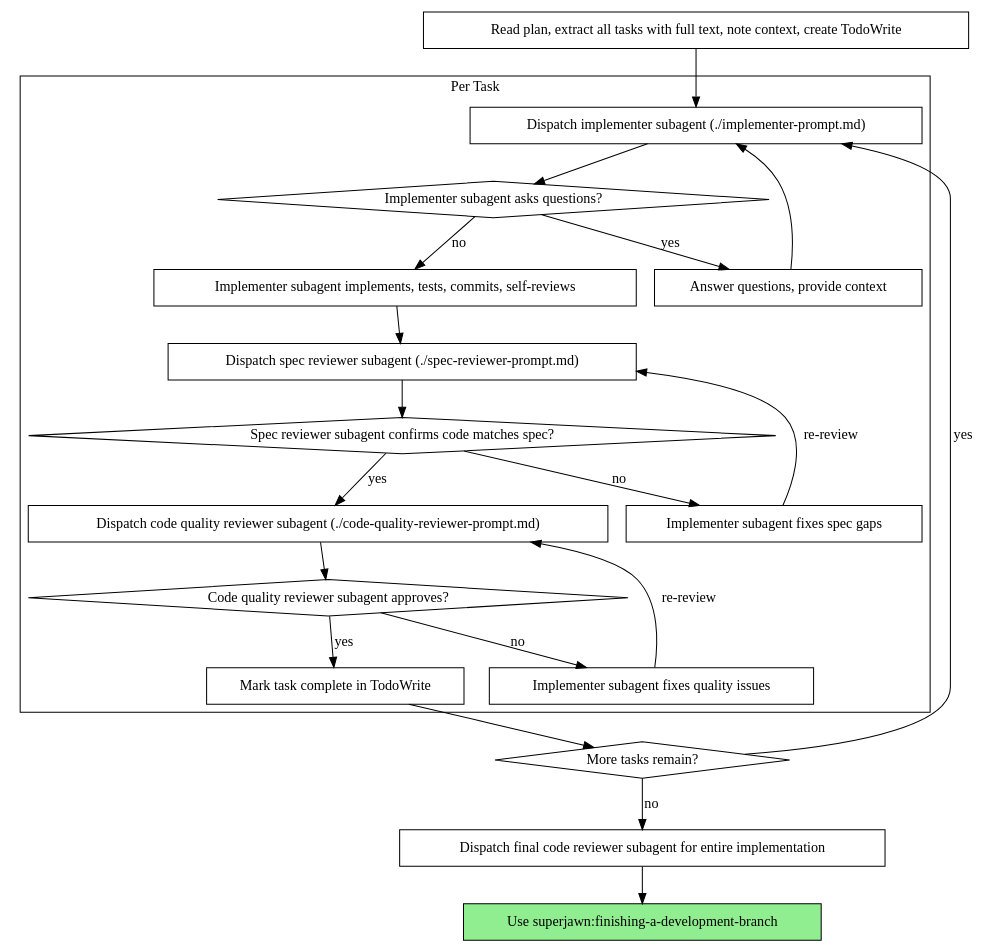
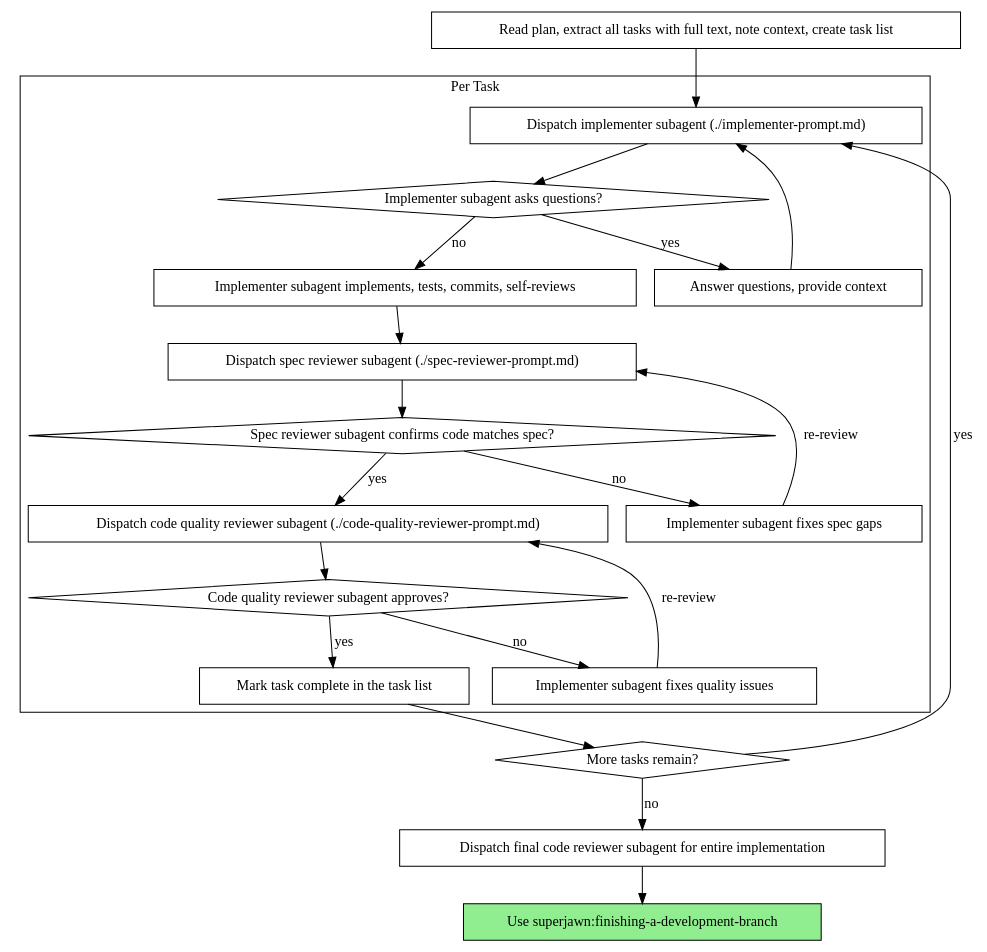
Before and after one commit to jamditis/claude-skills-journalism: the second of 2 diagrams in superjawn/skills/subagent-driven-development/SKILL.md, drawn with Graphviz. The commit also changed other lines of this file and 354 other files, not shown here.

````diff
--- a/superjawn/skills/subagent-driven-development/SKILL.md
+++ b/superjawn/skills/subagent-driven-development/SKILL.md
@@ -53,44 +53,44 @@
 ```dot
 digraph process {
     rankdir=TB;
 
     subgraph cluster_per_task {
         label="Per Task";
         "Dispatch implementer subagent (./implementer-prompt.md)" [shape=box];
         "Implementer subagent asks questions?" [shape=diamond];
         "Answer questions, provide context" [shape=box];
         "Implementer subagent implements, tests, commits, self-reviews" [shape=box];
         "Dispatch spec reviewer subagent (./spec-reviewer-prompt.md)" [shape=box];
         "Spec reviewer subagent confirms code matches spec?" [shape=diamond];
         "Implementer subagent fixes spec gaps" [shape=box];
         "Dispatch code quality reviewer subagent (./code-quality-reviewer-prompt.md)" [shape=box];
         "Code quality reviewer subagent approves?" [shape=diamond];
         "Implementer subagent fixes quality issues" [shape=box];
-        "Mark task complete in TodoWrite" [shape=box];
+        "Mark task complete in the task list" [shape=box];
     }
 
-    "Read plan, extract all tasks with full text, note context, create TodoWrite" [shape=box];
+    "Read plan, extract all tasks with full text, note context, create task list" [shape=box];
     "More tasks remain?" [shape=diamond];
     "Dispatch final code reviewer subagent for entire implementation" [shape=box];
     "Use superjawn:finishing-a-development-branch" [shape=box style=filled fillcolor=lightgreen];
 
-    "Read plan, extract all tasks with full text, note context, create TodoWrite" -> "Dispatch implementer subagent (./implementer-prompt.md)";
+    "Read plan, extract all tasks with full text, note context, create task list" -> "Dispatch implementer subagent (./implementer-prompt.md)";
     "Dispatch implementer subagent (./implementer-prompt.md)" -> "Implementer subagent asks questions?";
     "Implementer subagent asks questions?" -> "Answer questions, provide context" [label="yes"];
     "Answer questions, provide context" -> "Dispatch implementer subagent (./implementer-prompt.md)";
     "Implementer subagent asks questions?" -> "Implementer subagent implements, tests, commits, self-reviews" [label="no"];
     "Implementer subagent implements, tests, commits, self-reviews" -> "Dispatch spec reviewer subagent (./spec-reviewer-prompt.md)";
     "Dispatch spec reviewer subagent (./spec-reviewer-prompt.md)" -> "Spec reviewer subagent confirms code matches spec?";
     "Spec reviewer subagent confirms code matches spec?" -> "Implementer subagent fixes spec gaps" [label="no"];
     "Implementer subagent fixes spec gaps" -> "Dispatch spec reviewer subagent (./spec-reviewer-prompt.md)" [label="re-review"];
     "Spec reviewer subagent confirms code matches spec?" -> "Dispatch code quality reviewer subagent (./code-quality-reviewer-prompt.md)" [label="yes"];
     "Dispatch code quality reviewer subagent (./code-quality-reviewer-prompt.md)" -> "Code quality reviewer subagent approves?";
     "Code quality reviewer subagent approves?" -> "Implementer subagent fixes quality issues" [label="no"];
     "Implementer subagent fixes quality issues" -> "Dispatch code quality reviewer subagent (./code-quality-reviewer-prompt.md)" [label="re-review"];
-    "Code quality reviewer subagent approves?" -> "Mark task complete in TodoWrite" [label="yes"];
-    "Mark task complete in TodoWrite" -> "More tasks remain?";
+    "Code quality reviewer subagent approves?" -> "Mark task complete in the task list" [label="yes"];
+    "Mark task complete in the task list" -> "More tasks remain?";
     "More tasks remain?" -> "Dispatch implementer subagent (./implementer-prompt.md)" [label="yes"];
     "More tasks remain?" -> "Dispatch final code reviewer subagent for entire implementation" [label="no"];
     "Dispatch final code reviewer subagent for entire implementation" -> "Use superjawn:finishing-a-development-branch";
 }
 ```
````
